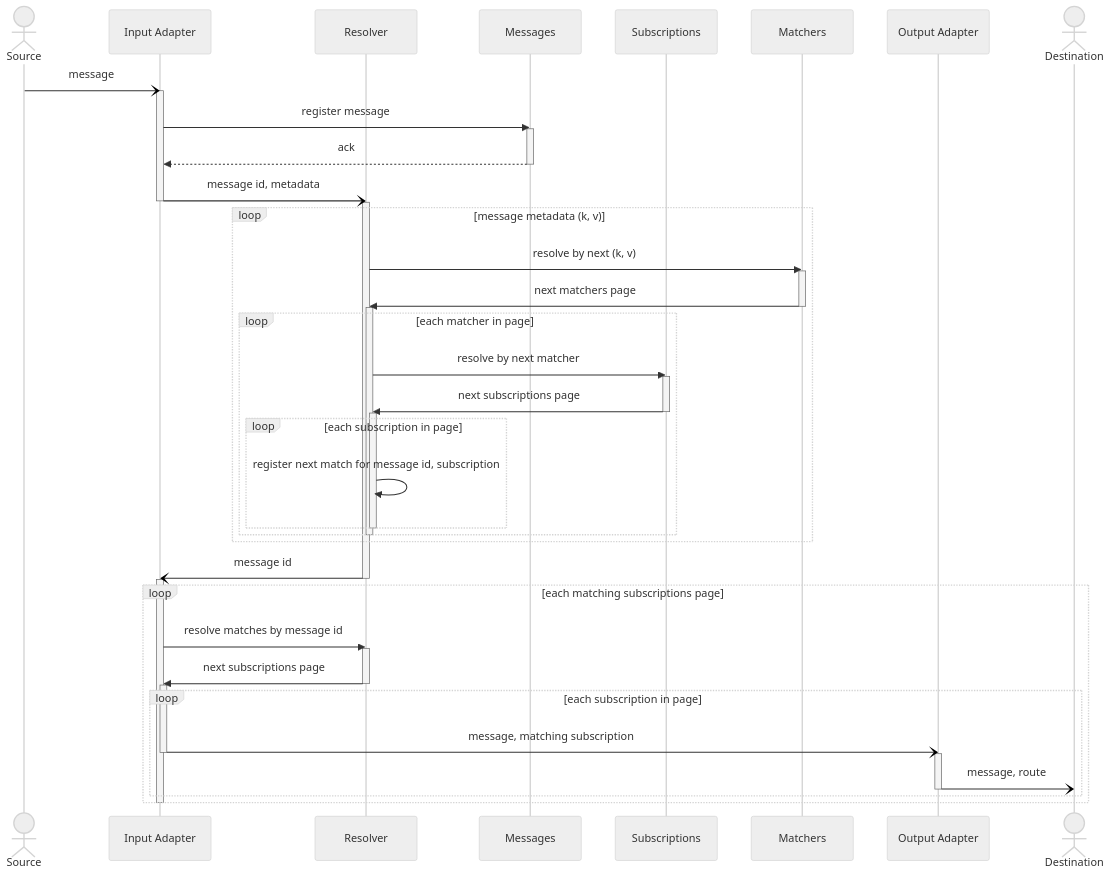
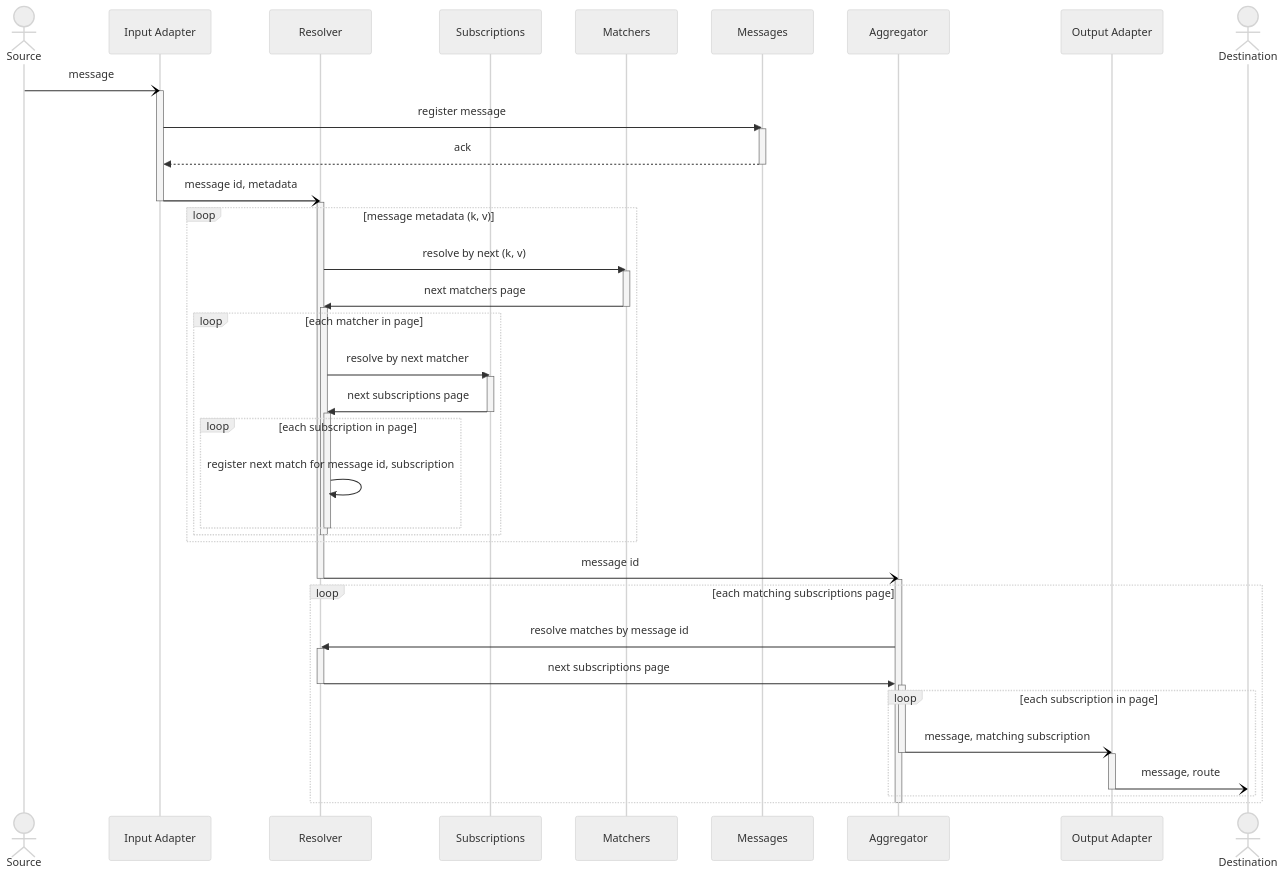
One commit to awakari/.github changed the diagram in profile/README.md. Above: the diagram before and after it, drawn with Mermaid.

````diff
--- a/profile/README.md
+++ b/profile/README.md
@@ -13,74 +13,73 @@
 ```mermaid
 %%{init: {'theme': 'neutral' } }%%
 sequenceDiagram
 
     actor Source
     participant Input Adapter
     participant Resolver
-    participant Messages
     participant Subscriptions
     participant Matchers
+    participant Messages
+    participant Aggregator
     participant Output Adapter
     actor Destination
 
     Source-)Input Adapter: message
     activate Input Adapter
     
     Input Adapter->>Messages: register message
     activate Messages
     Messages-->>Input Adapter: ack
     deactivate Messages
     
     Input Adapter-)Resolver: message id, metadata
     deactivate Input Adapter
     activate Resolver
     
     loop message metadata (k, v)
     
         Resolver->>Matchers: resolve by next (k, v)
         activate Matchers
         Matchers->>Resolver: next matchers page
         deactivate Matchers
         
         activate Resolver
         loop each matcher in page
             
             Resolver->>Subscriptions: resolve by next matcher
             activate Subscriptions
             Subscriptions->>Resolver: next subscriptions page
             deactivate Subscriptions
             
             activate Resolver
             loop each subscription in page
                 Resolver->>Resolver: register next match for message id, subscription
             end
             deactivate Resolver
             
         end
         deactivate Resolver
     end
     
-    
-    
-    Resolver-)Input Adapter: message id
+    Resolver-)Aggregator: message id
     deactivate Resolver
 
-    activate Input Adapter
+    activate Aggregator
     loop each matching subscriptions page
-        Input Adapter->>Resolver: resolve matches by message id
+        Aggregator->>Resolver: resolve matches by message id
         activate Resolver
-        Resolver->>Input Adapter: next subscriptions page
+        Resolver->>Aggregator: next subscriptions page
         deactivate Resolver
-        activate Input Adapter
+        activate Aggregator
         
         loop each subscription in page
-            Input Adapter-)Output Adapter: message, matching subscription
-            deactivate Input Adapter
+            Aggregator-)Output Adapter: message, matching subscription
+            deactivate Aggregator
             activate Output Adapter
             Output Adapter-)Destination: message, route
             deactivate Output Adapter
         end
         
     end
-    deactivate Input Adapter
+    deactivate Aggregator
 ```
````
